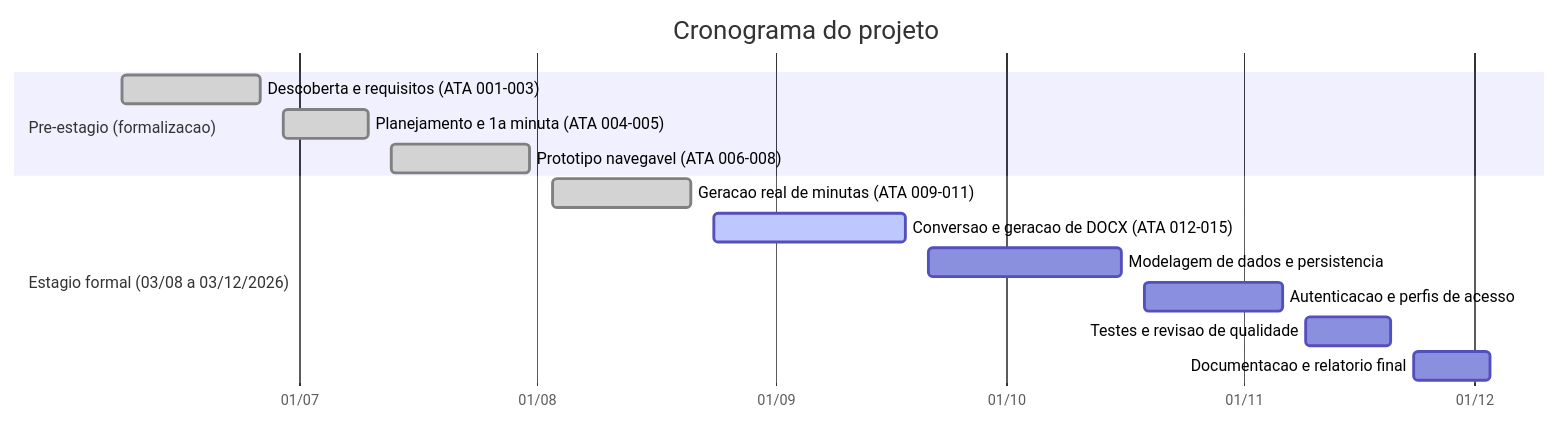
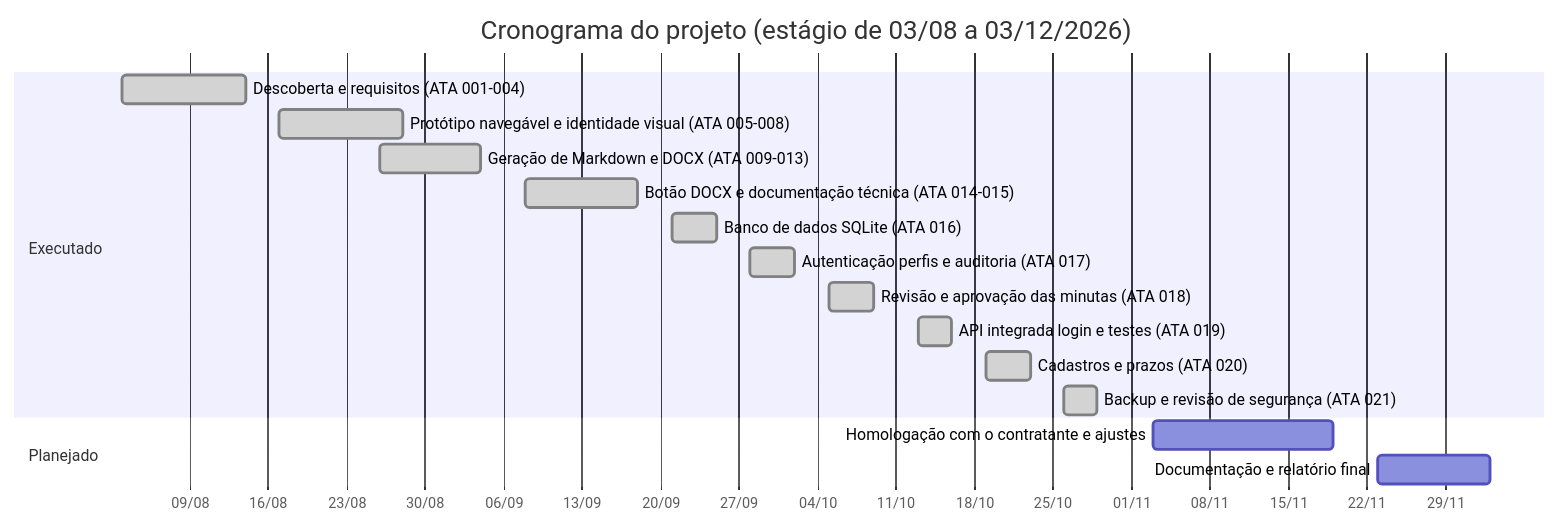
Before and after one commit to giovanakaoriparpinelli/estagio-escritorio-advocacia: the diagram in docs/metodologia-agil.md, drawn with Mermaid. The commit also changed other lines of this file and 7 other files, not shown here.

Commit message:
Atualiza documentacao: registro de horas, diario, cronograma, modelo de dados e README

````diff
--- a/docs/metodologia-agil.md
+++ b/docs/metodologia-agil.md
@@ -28,19 +28,22 @@
 ```mermaid
 gantt
     dateFormat YYYY-MM-DD
-    title Cronograma do projeto
+    title Cronograma do projeto (estágio de 03/08 a 03/12/2026)
     axisFormat %d/%m
 
-    section Pre-estagio (formalizacao)
-    Descoberta e requisitos (ATA 001-003)      :done, des1, 2026-06-08, 2026-06-26
-    Planejamento e 1a minuta (ATA 004-005)     :done, des2, 2026-06-29, 2026-07-10
-    Prototipo navegavel (ATA 006-008)          :done, des3, 2026-07-13, 2026-07-31
+    section Executado
+    Descoberta e requisitos (ATA 001-004) :done, t0, 2026-08-03, 2026-08-14
+    Protótipo navegável e identidade visual (ATA 005-008) :done, t1, 2026-08-17, 2026-08-28
+    Geração de Markdown e DOCX (ATA 009-013) :done, t2, 2026-08-26, 2026-09-04
+    Botão DOCX e documentação técnica (ATA 014-015) :done, t3, 2026-09-08, 2026-09-18
+    Banco de dados SQLite (ATA 016) :done, t4, 2026-09-21, 2026-09-25
+    Autenticação perfis e auditoria (ATA 017) :done, t5, 2026-09-28, 2026-10-02
+    Revisão e aprovação das minutas (ATA 018) :done, t6, 2026-10-05, 2026-10-09
+    API integrada login e testes (ATA 019) :done, t7, 2026-10-13, 2026-10-16
+    Cadastros e prazos (ATA 020) :done, t8, 2026-10-19, 2026-10-23
+    Backup e revisão de segurança (ATA 021) :done, t9, 2026-10-26, 2026-10-29
 
-    section Estagio formal (03/08 a 03/12/2026)
-    Geracao real de minutas (ATA 009-011)      :done, imp1, 2026-08-03, 2026-08-21
-    Conversao e geracao de DOCX (ATA 012-015)  :active, imp2, 2026-08-24, 2026-09-18
-    Modelagem de dados e persistencia          :plan1, 2026-09-21, 2026-10-16
-    Autenticacao e perfis de acesso            :plan2, 2026-10-19, 2026-11-06
-    Testes e revisao de qualidade              :plan3, 2026-11-09, 2026-11-20
-    Documentacao e relatorio final             :plan4, 2026-11-23, 2026-12-03
+    section Planejado
+    Homologação com o contratante e ajustes :t10, 2026-11-03, 2026-11-19
+    Documentação e relatório final :t11, 2026-11-23, 2026-12-03
 ```
````
